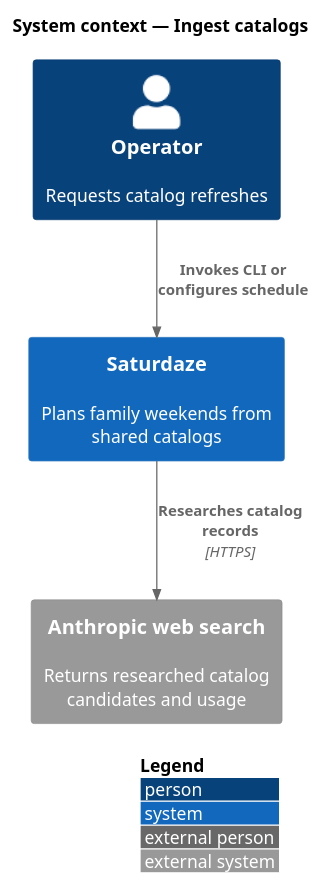
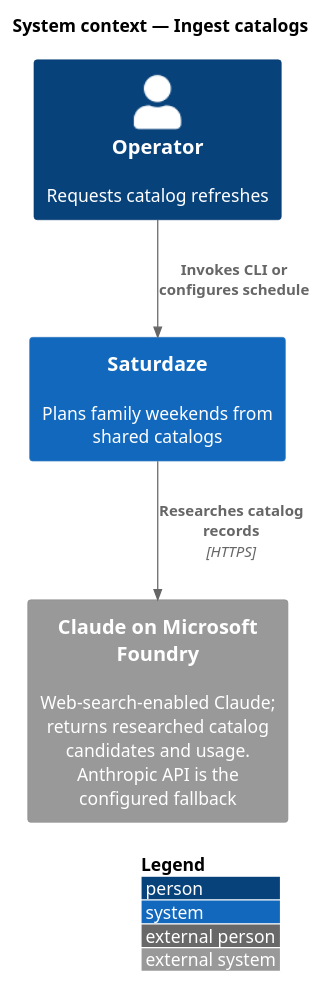
Before and after one commit to QuinntyneBrown/saturdaze: the diagram in docs/detailed-designs/discovery/ingest-catalogs/diagrams/c4-context.puml, drawn with PlantUML. The commit also changed 32 other files, not shown here.

First line of the commit message:
Route catalog ingestion through Claude on Microsoft Foundry

```diff
--- a/docs/detailed-designs/discovery/ingest-catalogs/diagrams/c4-context.puml
+++ b/docs/detailed-designs/discovery/ingest-catalogs/diagrams/c4-context.puml
@@ -1,10 +1,10 @@
 @startuml
 !include <C4/C4_Context>
 LAYOUT_WITH_LEGEND()
 title System context — Ingest catalogs
 Person(operator, "Operator", "Requests catalog refreshes")
 System(saturdaze, "Saturdaze", "Plans family weekends from shared catalogs")
-System_Ext(provider, "Anthropic web search", "Returns researched catalog candidates and usage")
+System_Ext(provider, "Claude on Microsoft Foundry", "Web-search-enabled Claude; returns researched catalog candidates and usage. Anthropic API is the configured fallback")
 Rel(operator, saturdaze, "Invokes CLI or configures schedule")
 Rel(saturdaze, provider, "Researches catalog records", "HTTPS")
 @enduml
```
